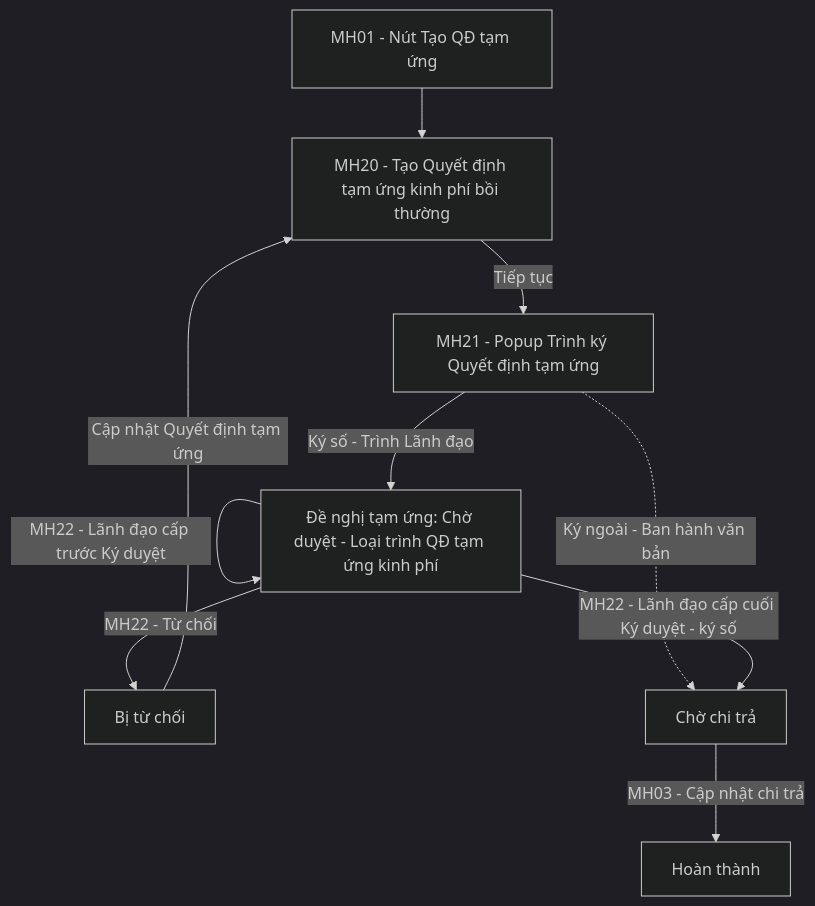
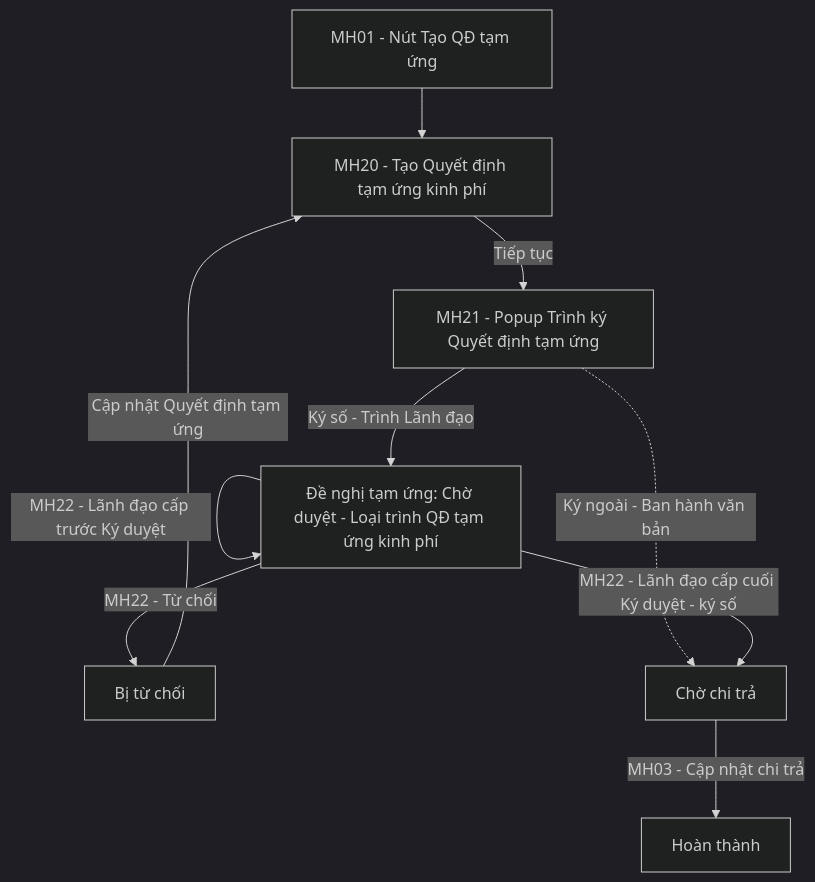
Before and after one commit to huyendt2007/BPBD_UI: the second of 2 diagrams in Tai_lieu_SRS/03_Website_Quan_tri/03_Cong_tac_boi_thuong/SRS_BTNN_GiaiQuyetBT_KinhPhi_BT.md, drawn with Mermaid (dark theme). The commit also changed other lines of this file and 79 other files, not shown here.

````diff
--- a/Tai_lieu_SRS/03_Website_Quan_tri/03_Cong_tac_boi_thuong/SRS_BTNN_GiaiQuyetBT_KinhPhi_BT.md
+++ b/Tai_lieu_SRS/03_Website_Quan_tri/03_Cong_tac_boi_thuong/SRS_BTNN_GiaiQuyetBT_KinhPhi_BT.md
@@ -580,12 +593,12 @@
 ```mermaid
 flowchart TD
-    A[MH01 - Nút Tạo QĐ tạm ứng] --> B[MH20 - Tạo Quyết định tạm ứng kinh phí bồi thường]
+    A[MH01 - Nút Tạo QĐ tạm ứng] --> B[MH20 - Tạo Quyết định tạm ứng kinh phí]
     B -->|Tiếp tục| C[MH21 - Popup Trình ký Quyết định tạm ứng]
     C -->|Ký số - Trình Lãnh đạo| D[Đề nghị tạm ứng: Chờ duyệt - Loại trình QĐ tạm ứng kinh phí]
     C -.->|Ký ngoài - Ban hành văn bản| F
     D -->|MH22 - Lãnh đạo cấp trước Ký duyệt| D
     D -->|MH22 - Lãnh đạo cấp cuối Ký duyệt - ký số| F[Chờ chi trả]
     D -->|MH22 - Từ chối| E[Bị từ chối]
     E -->|Cập nhật Quyết định tạm ứng| B
     F -->|MH03 - Cập nhật chi trả| G[Hoàn thành]
 ```
````
